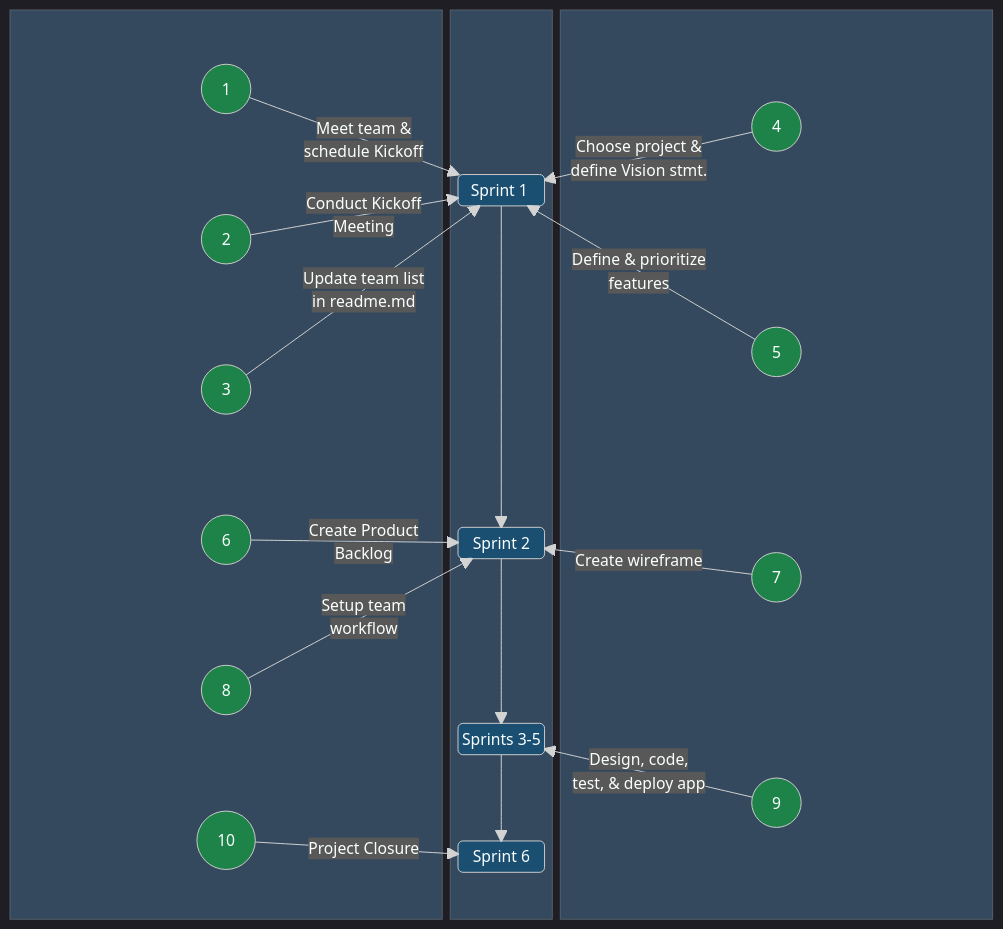
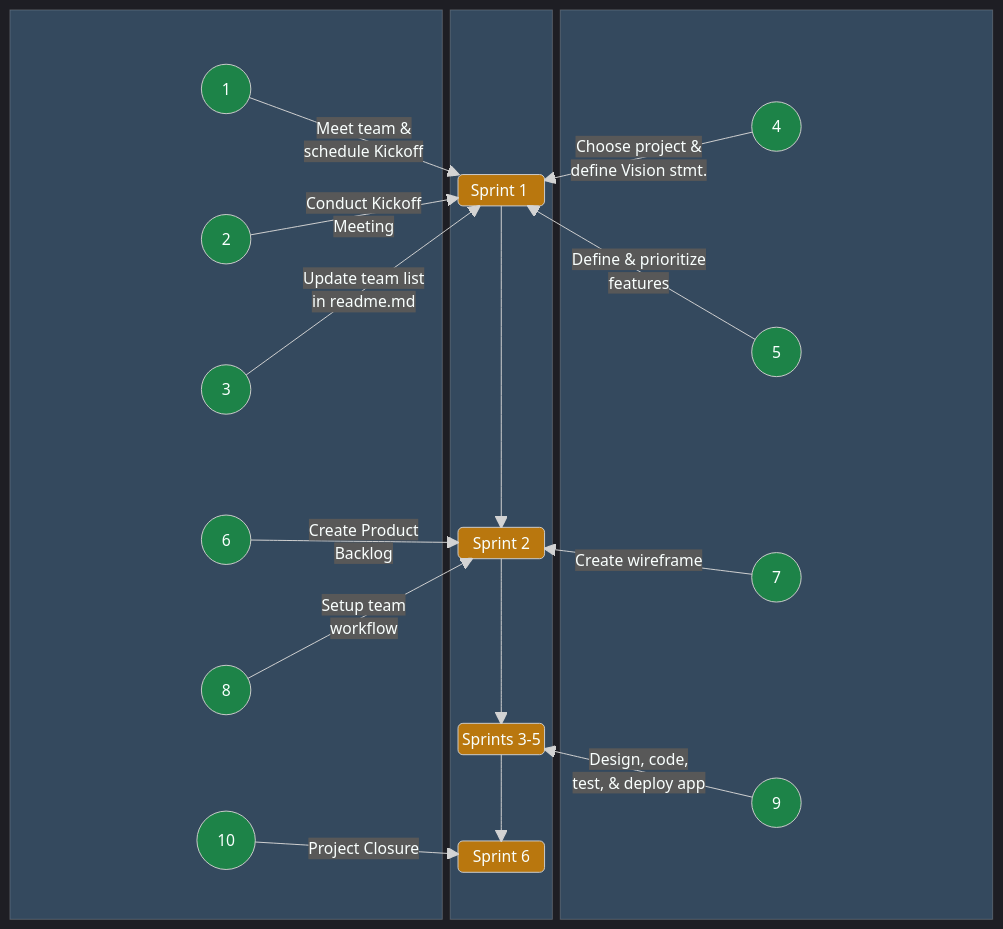
Before and after one commit to jdmedlock/mermaid_testing: the first of 2 diagrams in README.md, drawn with Mermaid.

Commit message:
Feature: Add annotations to test layout

````diff
--- a/README.md
+++ b/README.md
@@ -81,8 +81,8 @@
     style A8 fill:#1d8348
     style A9 fill:#1d8348
     style A10 fill:#1d8348
-    style SPRINT1 fill:#1b4f72
-    style SPRINT2 fill:#1b4f72
-    style SPRINT35 fill:#1b4f72
-    style SPRINT6 fill:#1b4f72
+    style SPRINT1 fill:#b9770e
+    style SPRINT2 fill:#b9770e
+    style SPRINT35 fill:#b9770e
+    style SPRINT6 fill:#b9770e
 ```
````
